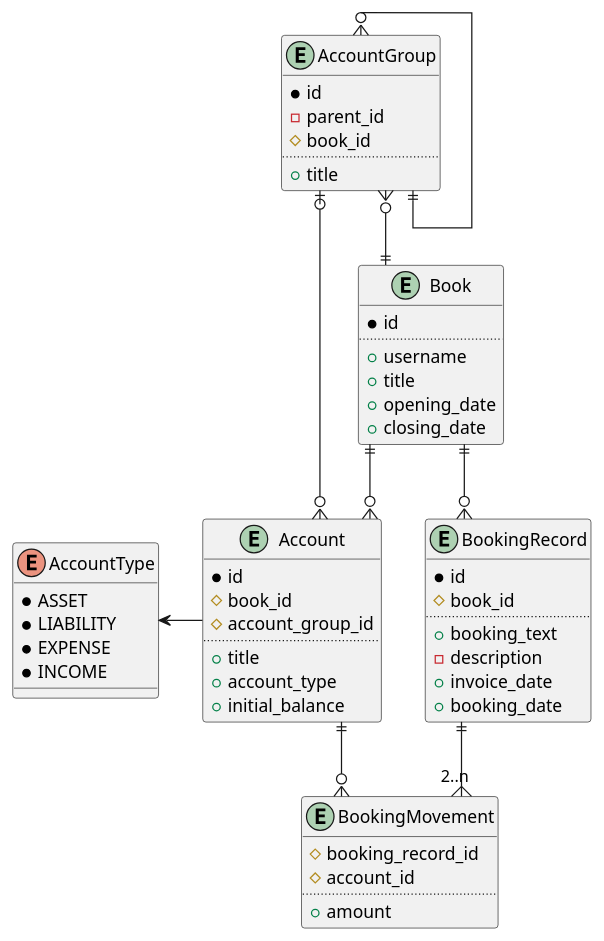
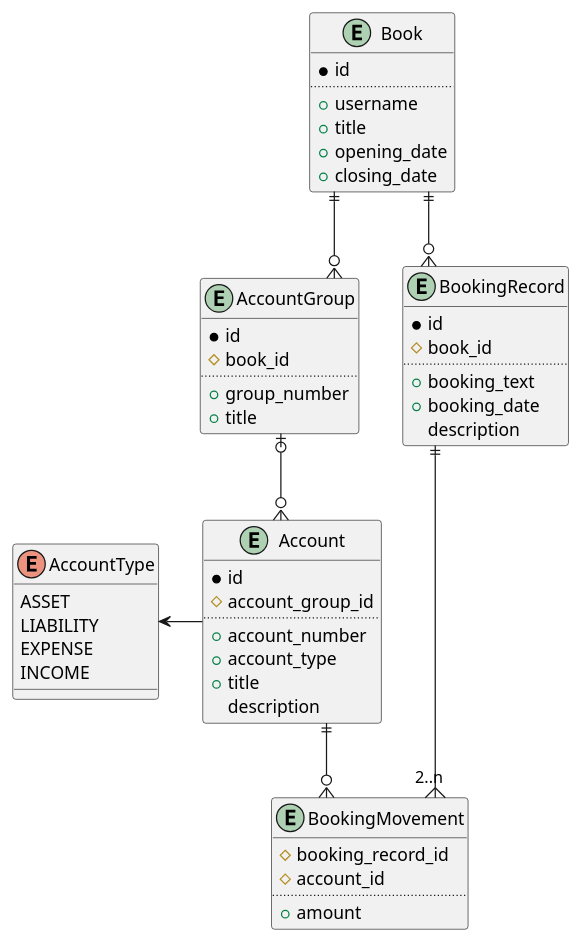
One commit to ksmonkey123/my-cloud changed the diagram in modules/module-bookkeeping/docs/bookkeeping_ERM.puml. Above: the diagram before and after it, drawn with PlantUML. The commit also changed 1 other file, not shown here.

```diff
--- a/modules/module-bookkeeping/docs/bookkeeping_ERM.puml
+++ b/modules/module-bookkeeping/docs/bookkeeping_ERM.puml
@@ -1,67 +1,64 @@
 @startuml
 'https://plantuml.com/component-diagram
 skinparam linetype polyline
 skinparam linetype ortho
 
 entity Book {
 * id
 ..
 + username
 + title
 + opening_date
 + closing_date
 }
 
 entity AccountGroup {
 * id
-- parent_id
 # book_id
 ..
++ group_number
 + title
 }
 
 entity Account {
 * id
-# book_id
 # account_group_id
 ..
++ account_number
++ account_type
 + title
-+ account_type
-+ initial_balance
+  description
 }
 
 enum AccountType {
- * ASSET
- * LIABILITY
- * EXPENSE
- * INCOME
+  ASSET
+  LIABILITY
+  EXPENSE
+  INCOME
 }
 
 entity BookingRecord {
 * id
 # book_id
 ..
 + booking_text
-- description
-+ invoice_date
 + booking_date
+  description
 }
 
 entity BookingMovement {
 # booking_record_id
 # account_id
 ..
 + amount
 }
 
-AccountGroup }o--|| AccountGroup
-AccountGroup }o--|| Book
-Book ||--o{ Account
+Book ||--o{ AccountGroup
 AccountGroup |o--o{ Account
 Book ||--o{ BookingRecord
 BookingRecord ||--{ "2..n" BookingMovement
 
 Account ||--o{ BookingMovement
 AccountType <- Account
 
 @enduml
```
